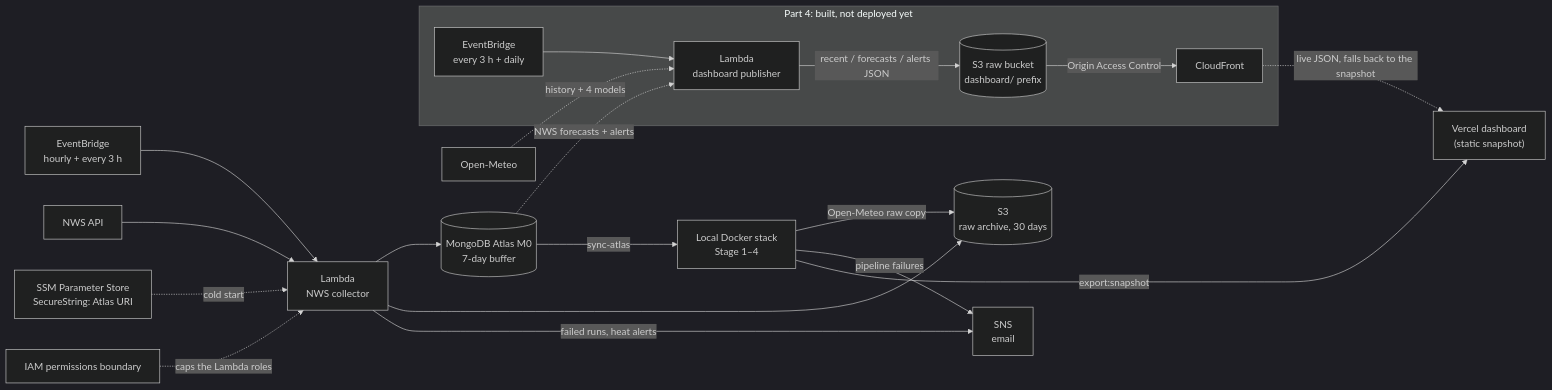
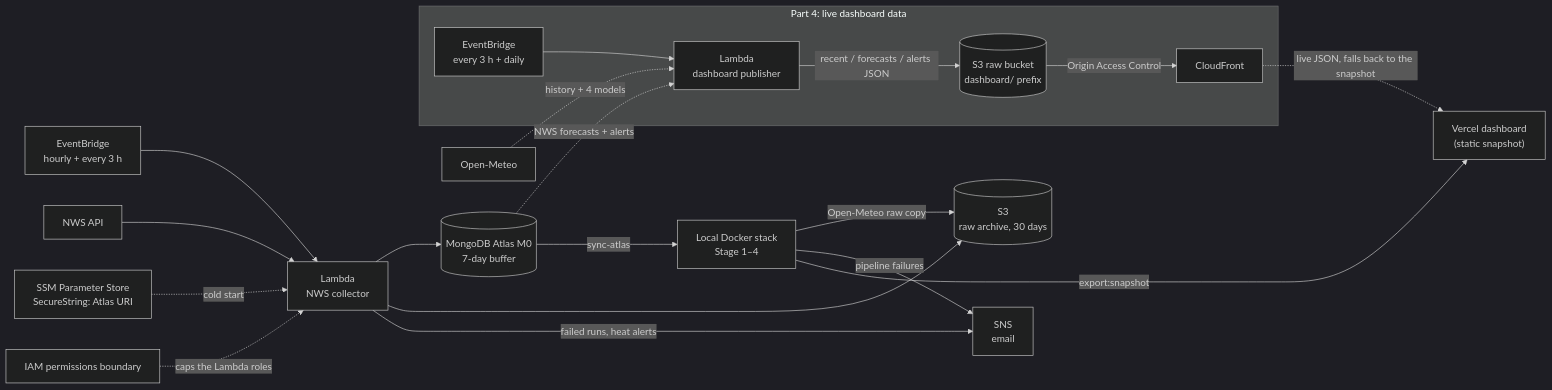
The second of 2 diagrams in README.md (dangkhoa241/us-weather-pipeline), drawn with Mermaid (dark theme) before and after one commit. The commit also changed other lines of this file and 4 other files, not shown here.

First line of the commit message:
Part 4 live: dashboard reads S3 + CloudFront data

````diff
--- a/README.md
+++ b/README.md
@@ -111,22 +112,22 @@
 ```mermaid
 flowchart LR
   EB["EventBridge<br/>hourly + every 3 h"] --> L["Lambda<br/>NWS collector"]
   NWS["NWS API"] --> L
   SSM["SSM Parameter Store<br/>SecureString: Atlas URI"] -.->|cold start| L
   L --> ATLAS[("MongoDB Atlas M0<br/>7-day buffer")]
   L --> S3[("S3<br/>raw archive, 30 days")]
   L -->|failed runs, heat alerts| SNS["SNS<br/>email"]
   ATLAS -->|sync-atlas| LOCAL["Local Docker stack<br/>Stage 1–4"]
   LOCAL -->|Open-Meteo raw copy| S3
   LOCAL -->|pipeline failures| SNS
   LOCAL -->|export:snapshot| VERCEL["Vercel dashboard<br/>(static snapshot)"]
   BOUND["IAM permissions boundary"] -.->|caps the Lambda roles| L
-  subgraph P4["Part 4: built, not deployed yet"]
+  subgraph P4["Part 4: live dashboard data"]
     EB2["EventBridge<br/>every 3 h + daily"] --> P["Lambda<br/>dashboard publisher"]
     P -->|recent / forecasts / alerts JSON| S3D[("S3 raw bucket<br/>dashboard/ prefix")]
     S3D -->|"Origin Access Control"| CF["CloudFront"]
   end
   ATLAS -.->|NWS forecasts + alerts| P
   OM["Open-Meteo"] -.->|history + 4 models| P
   CF -.->|"live JSON, falls back to the snapshot"| VERCEL
 ```
````
